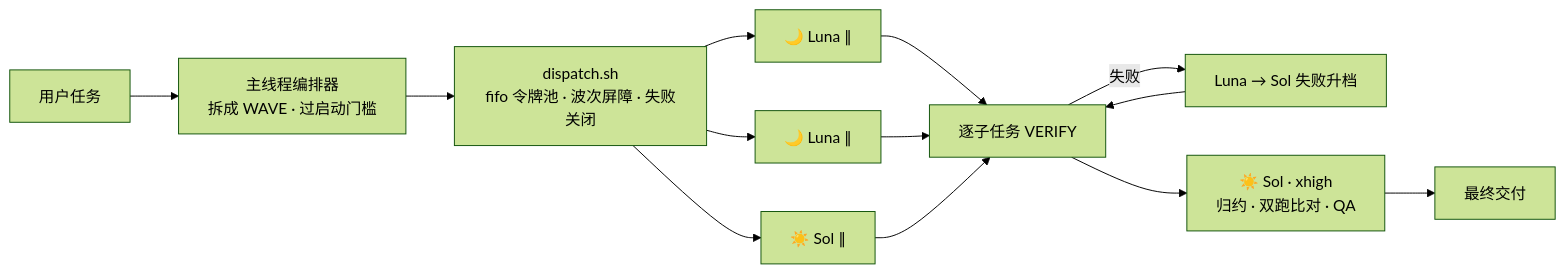
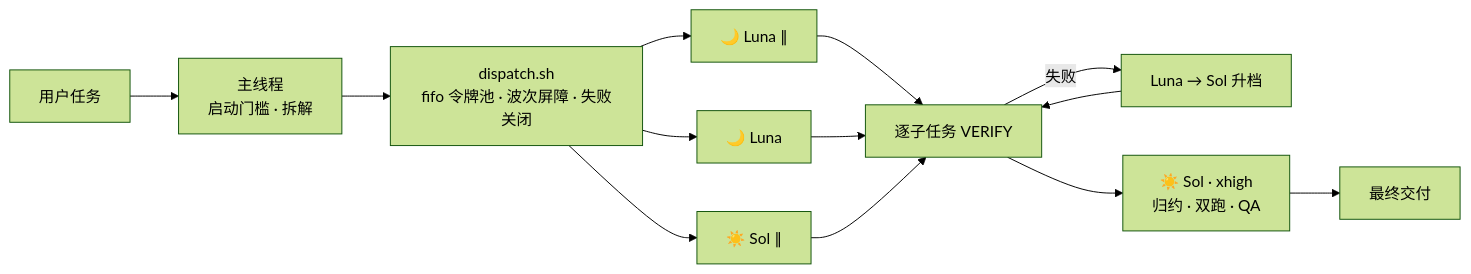
One commit to chenguang-jiang/jcg-codex-mode-dispatch changed the diagram in README.zh-CN.md. Above: the diagram before and after it, drawn with Mermaid (forest theme). The commit also changed other lines of this file and 4 other files, not shown here.

````diff
--- a/README.zh-CN.md
+++ b/README.zh-CN.md
@@ -33,15 +42,15 @@
 ```mermaid
 flowchart LR
-  U[用户任务] --> M[主线程编排器<br/>拆成 WAVE · 过启动门槛]
+  U[用户任务] --> M[主线程<br/>启动门槛 · 拆解]
   M --> D[dispatch.sh<br/>fifo 令牌池 · 波次屏障 · 失败关闭]
   D --> L1[🌙 Luna ∥]
-  D --> L2[🌙 Luna ∥]
+  D --> L2[🌙 Luna ]
   D --> S1[☀️ Sol ∥]
   L1 --> V[逐子任务 VERIFY]
   L2 --> V
   S1 --> V
-  V -->|失败| FO[Luna → Sol 失败升档]
+  V -->|失败| FO[Luna → Sol 升档]
   FO --> V
-  V --> R[☀️ Sol · xhigh<br/>归约 · 双跑比对 · QA]
+  V --> R[☀️ Sol · xhigh<br/>归约 · 双跑 · QA]
   R --> O[最终交付]
 ```
````
